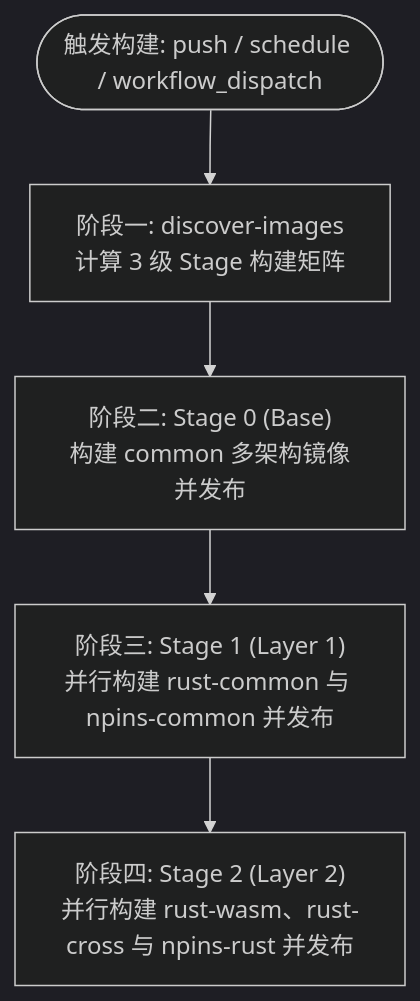
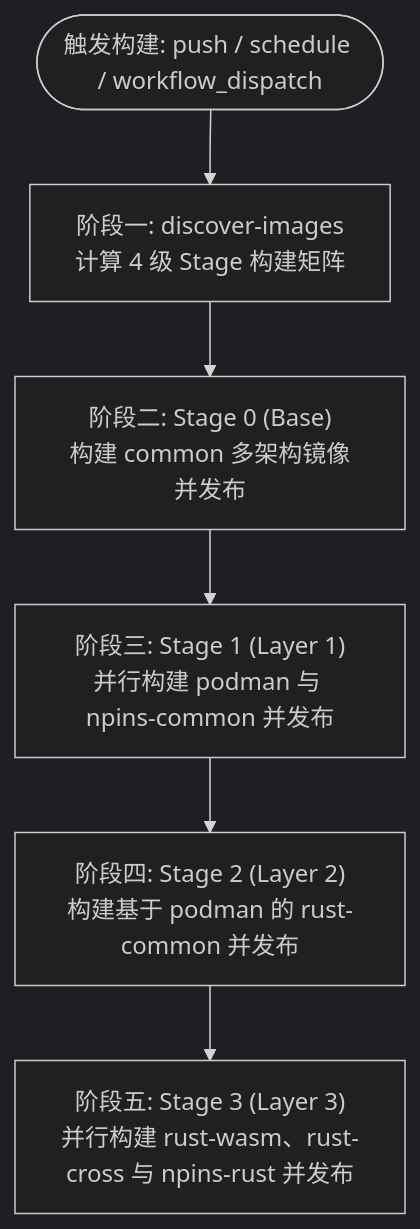
One commit to shaogme/coding-images changed the fifth of 5 diagrams in README.md. Above: the diagram before and after it, drawn with Mermaid (dark theme). The commit also changed other lines of this file and 24 other files, not shown here.

````diff
--- a/README.md
+++ b/README.md
@@ -495,8 +522,9 @@
 ```mermaid
 flowchart TD
-    Trigger(["触发构建: push / schedule / workflow_dispatch"]) --> Discover["阶段一: discover-images<br/>计算 3 级 Stage 构建矩阵"]
+    Trigger(["触发构建: push / schedule / workflow_dispatch"]) --> Discover["阶段一: discover-images<br/>计算 4 级 Stage 构建矩阵"]
 
     Discover --> Stage0["阶段二: Stage 0 (Base)<br/>构建 common 多架构镜像并发布"]
-    Stage0 --> Stage1["阶段三: Stage 1 (Layer 1)<br/>并行构建 rust-common 与 npins-common 并发布"]
-    Stage1 --> Stage2["阶段四: Stage 2 (Layer 2)<br/>并行构建 rust-wasm、rust-cross 与 npins-rust 并发布"]
+    Stage0 --> Stage1["阶段三: Stage 1 (Layer 1)<br/>并行构建 podman 与 npins-common 并发布"]
+    Stage1 --> Stage2["阶段四: Stage 2 (Layer 2)<br/>构建基于 podman 的 rust-common 并发布"]
+    Stage2 --> Stage3["阶段五: Stage 3 (Layer 3)<br/>并行构建 rust-wasm、rust-cross 与 npins-rust 并发布"]
 ```
````
